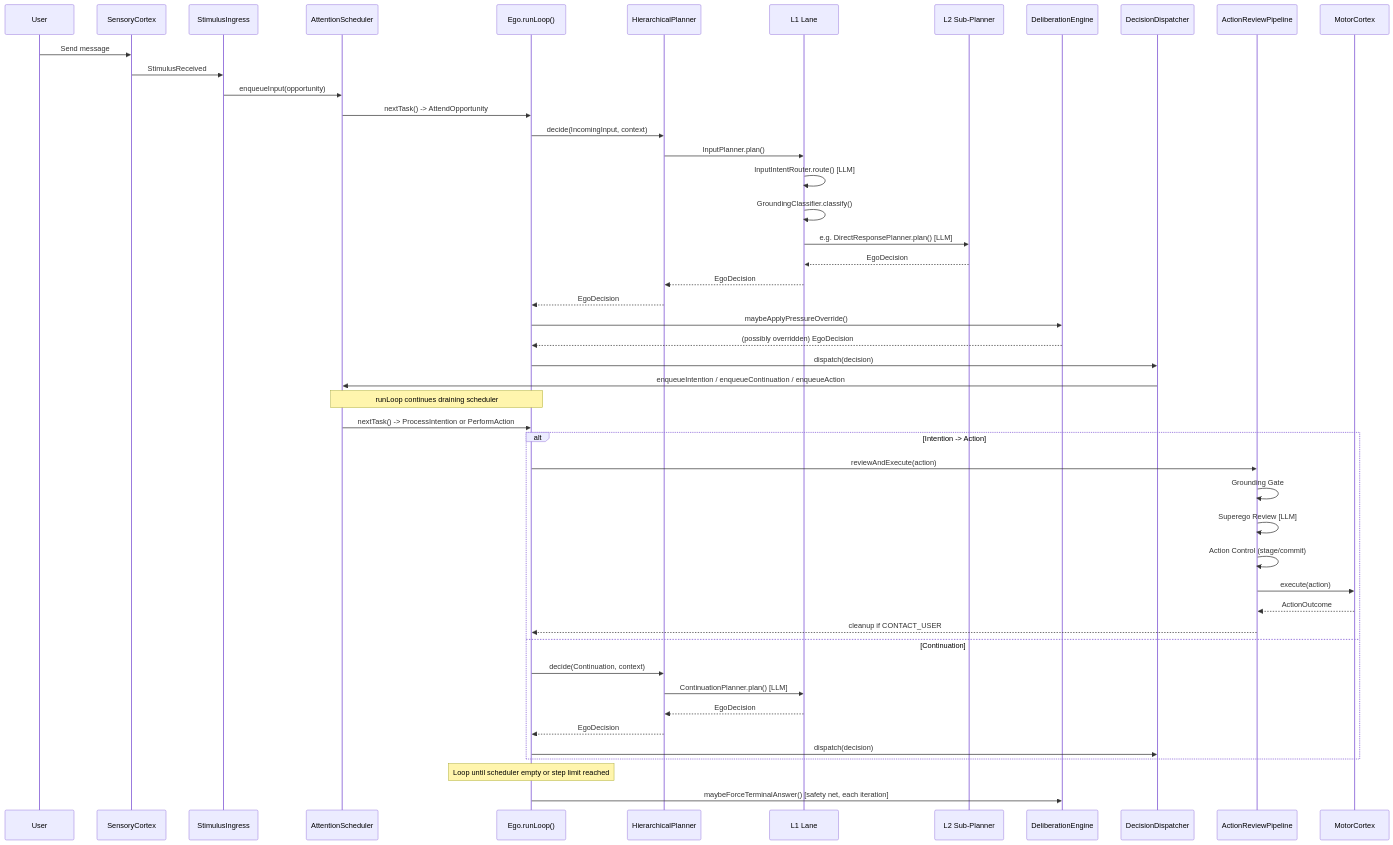
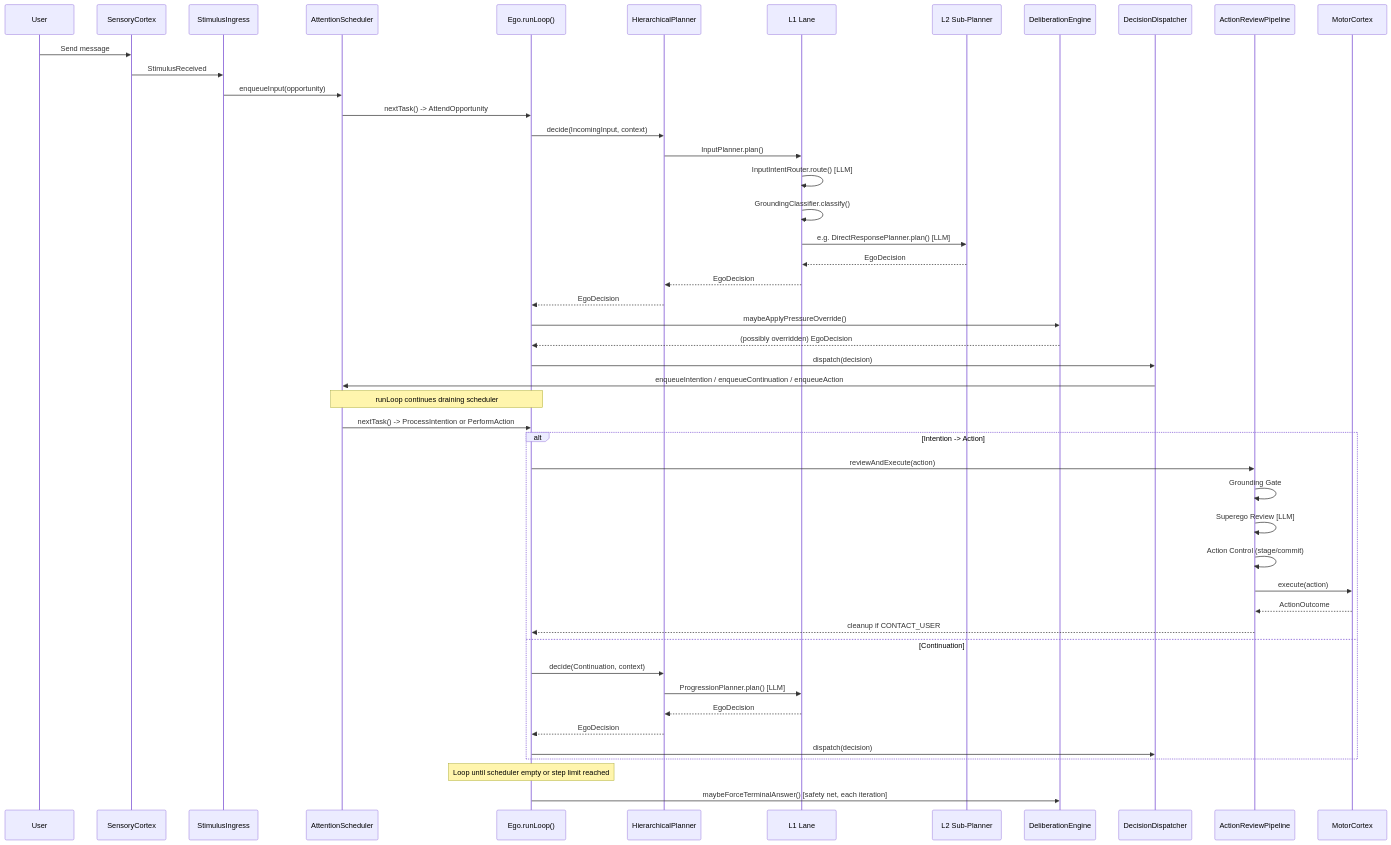
One commit to neopsyke/NeoPsyke changed the fifth of 5 diagrams in docs/PLANNER_FLOW_DIAGRAM.md. Above: the diagram before and after it, drawn with Mermaid. The commit also changed other lines of this file and 31 other files, not shown here.

First line of the commit message:
refactor(planner): merge ContinuationPlanner+FeedbackPlanner and GoalCreationPlanner+GoalManagementPlanner

````diff
--- a/docs/PLANNER_FLOW_DIAGRAM.md
+++ b/docs/PLANNER_FLOW_DIAGRAM.md
@@ -241,58 +238,58 @@
 ```mermaid
 sequenceDiagram
     participant U as User
     participant SC as SensoryCortex
     participant SIC as StimulusIngress
     participant AS as AttentionScheduler
     participant Ego as Ego.runLoop()
     participant HP as HierarchicalPlanner
     participant L1 as L1 Lane
     participant L2 as L2 Sub-Planner
     participant DE as DeliberationEngine
     participant DD as DecisionDispatcher
     participant ARP as ActionReviewPipeline
     participant MC as MotorCortex
 
     U->>SC: Send message
     SC->>SIC: StimulusReceived
     SIC->>AS: enqueueInput(opportunity)
     AS->>Ego: nextTask() -> AttendOpportunity
 
     Ego->>HP: decide(IncomingInput, context)
     HP->>L1: InputPlanner.plan()
     L1->>L1: InputIntentRouter.route() [LLM]
     L1->>L1: GroundingClassifier.classify()
     L1->>L2: e.g. DirectResponsePlanner.plan() [LLM]
     L2-->>L1: EgoDecision
     L1-->>HP: EgoDecision
     HP-->>Ego: EgoDecision
 
     Ego->>DE: maybeApplyPressureOverride()
     DE-->>Ego: (possibly overridden) EgoDecision
 
     Ego->>DD: dispatch(decision)
     DD->>AS: enqueueIntention / enqueueContinuation / enqueueAction
 
     Note over Ego,AS: runLoop continues draining scheduler
 
     AS->>Ego: nextTask() -> ProcessIntention or PerformAction
 
     alt Intention -> Action
         Ego->>ARP: reviewAndExecute(action)
         ARP->>ARP: Grounding Gate
         ARP->>ARP: Superego Review [LLM]
         ARP->>ARP: Action Control (stage/commit)
         ARP->>MC: execute(action)
         MC-->>ARP: ActionOutcome
         ARP-->>Ego: cleanup if CONTACT_USER
     else Continuation
         Ego->>HP: decide(Continuation, context)
-        HP->>L1: ContinuationPlanner.plan() [LLM]
+        HP->>L1: ProgressionPlanner.plan() [LLM]
         L1-->>HP: EgoDecision
         HP-->>Ego: EgoDecision
         Ego->>DD: dispatch(decision)
     end
 
     Note over Ego: Loop until scheduler empty or step limit reached
     Ego->>DE: maybeForceTerminalAnswer() [safety net, each iteration]
 ```
````
